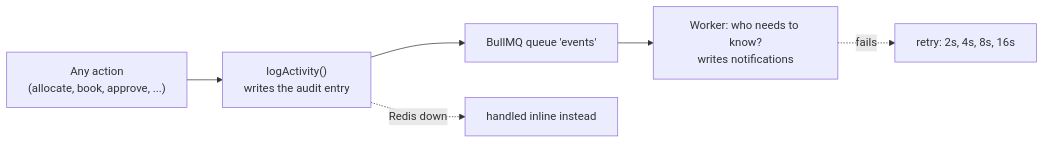
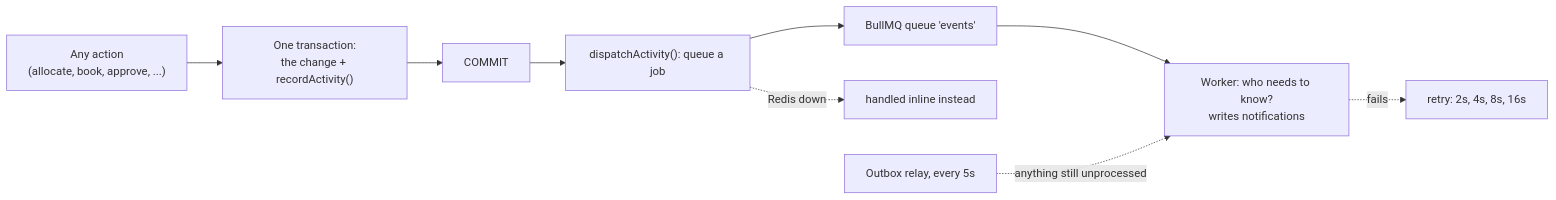
The fourth of 5 diagrams in readme.md (shrxprxyx/AssetFlow), drawn with Mermaid before and after one commit. The commit also changed other lines of this file and 7 other files, not shown here.

Commit message:
[refactor] : move logActivity helper from src/services to tests/helpers : The app writes audit entries with recordActivity() inside the transaction and dispatchActivity() after it. logActivity() had no production callers, only tests, so it now lives with them. update ReadMe, add .env.example

````diff
--- a/readme.md
+++ b/readme.md
@@ -125,9 +266,12 @@
 ```mermaid
 flowchart LR
 
-Action["Any action<br/>(allocate, book, approve, ...)"] --> Log["logActivity()<br/>writes the audit entry"]
-Log --> Queue["BullMQ queue 'events'"]
-Log -.->|"Redis down"| Inline["handled inline instead"]
+Action["Any action<br/>(allocate, book, approve, ...)"] --> Tx["One transaction:<br/>the change + recordActivity()"]
+Tx --> Commit["COMMIT"]
+Commit --> Dispatch["dispatchActivity(): queue a job"]
+Dispatch --> Queue["BullMQ queue 'events'"]
+Dispatch -.->|"Redis down"| Inline["handled inline instead"]
 Queue --> Worker["Worker: who needs to know?<br/>writes notifications"]
 Worker -.->|"fails"| Retry["retry: 2s, 4s, 8s, 16s"]
+Relay["Outbox relay, every 5s"] -.->|"anything still unprocessed"| Worker
 ```
````
